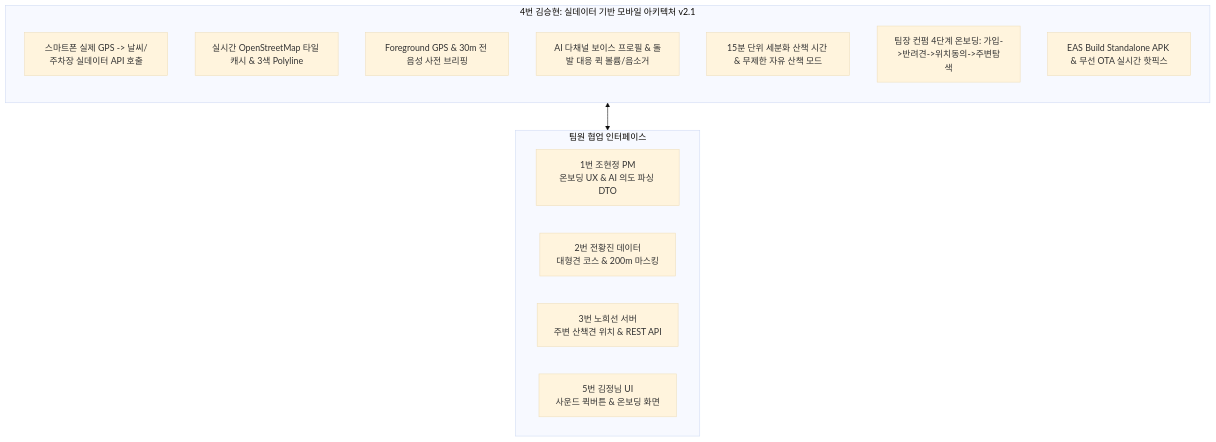
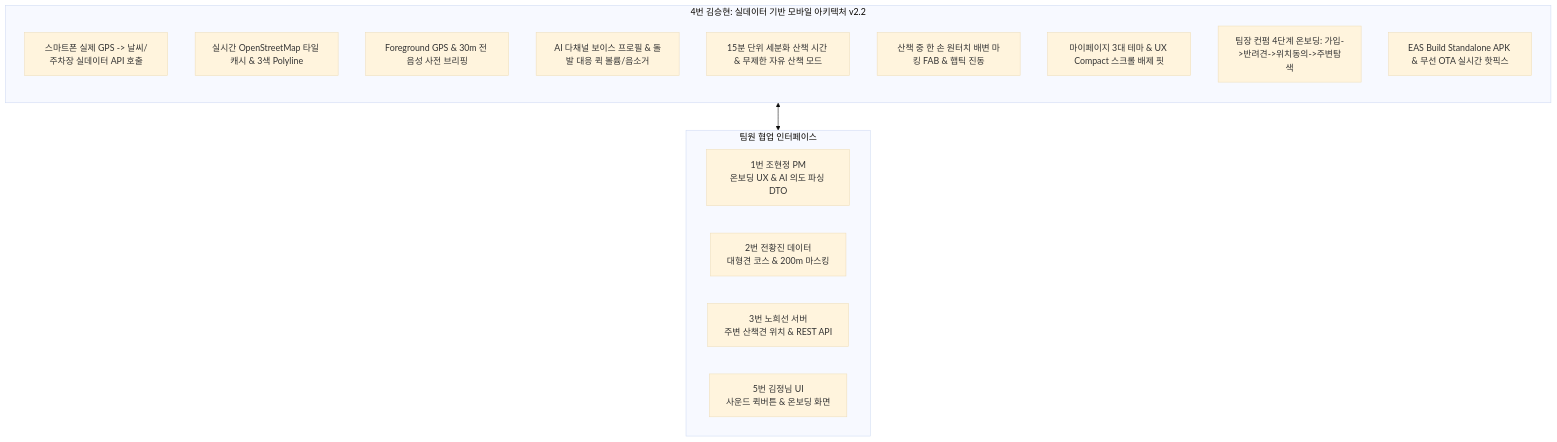
One commit to gigantess/pet_walk_t01 changed the first of 2 diagrams in docs/implementation_plan/김승현_향후_구현계획.md. Above: the diagram before and after it, drawn with Mermaid (base theme). The commit also changed other lines of this file and 4 other files, not shown here.

````diff
--- a/docs/implementation_plan/김승현_향후_구현계획.md
+++ b/docs/implementation_plan/김승현_향후_구현계획.md
@@ -24,22 +26,24 @@
 ```mermaid
 flowchart TD
-    subgraph RealData_Mobile_Lead [4번 김승현: 실데이터 기반 모바일 아키텍처 v2.1]
+    subgraph RealData_Mobile_Lead [4번 김승현: 실데이터 기반 모바일 아키텍처 v2.2]
         direction TB
         A1[스마트폰 실제 GPS -> 날씨/주차장 실데이터 API 호출]
         A2[실시간 OpenStreetMap 타일 캐시 & 3색 Polyline]
         A3[Foreground GPS & 30m 전 음성 사전 브리핑]
         A4[AI 다채널 보이스 프로필 & 돌발 대응 퀵 볼륨/음소거]
         A5[15분 단위 세분화 산책 시간 & 무제한 자유 산책 모드]
-        A6[팀장 컨펌 4단계 온보딩: 가입->반려견->위치동의->주변탐색]
-        A7[EAS Build Standalone APK & 무선 OTA 실시간 핫픽스]
+        A6[산책 중 한 손 원터치 배변 마킹 FAB & 햅틱 진동]
+        A7[마이페이지 3대 테마 & UX Compact 스크롤 배제 핏]
+        A8[팀장 컨펌 4단계 온보딩: 가입->반려견->위치동의->주변탐색]
+        A9[EAS Build Standalone APK & 무선 OTA 실시간 핫픽스]
     end
 
     subgraph CrossTeam [팀원 협업 인터페이스]
         T1[1번 조현정 PM<br/>온보딩 UX & AI 의도 파싱 DTO]
         T2[2번 전황진 데이터<br/>대형견 코스 & 200m 마스킹]
         T3[3번 노희선 서버<br/>주변 산책견 위치 & REST API]
         T5[5번 김정님 UI<br/>사운드 퀵버튼 & 온보딩 화면]
     end
 
     RealData_Mobile_Lead <--> CrossTeam
 ```
````
